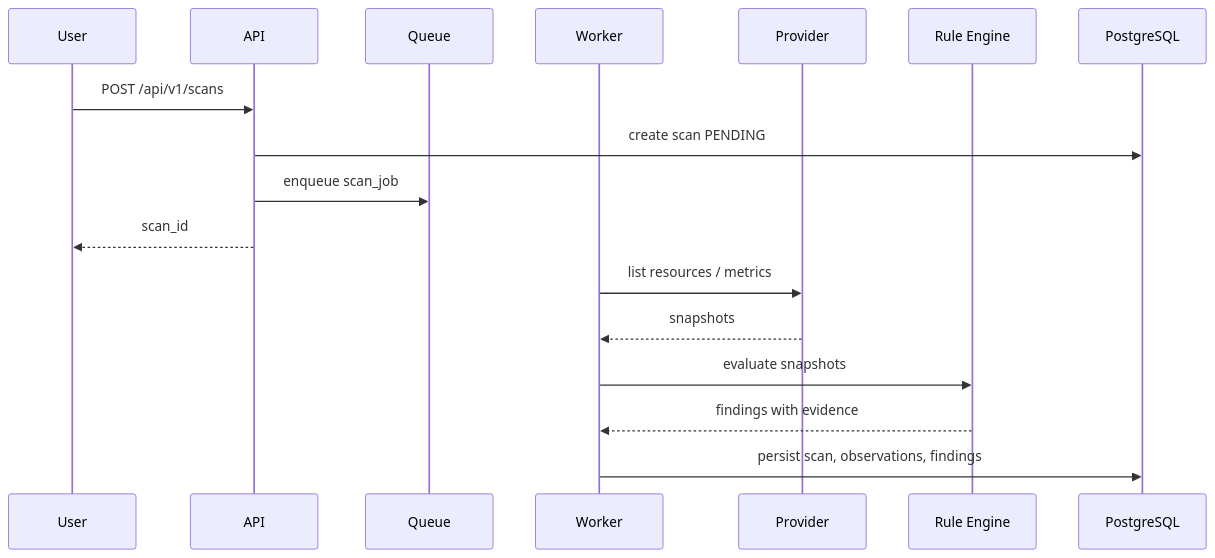
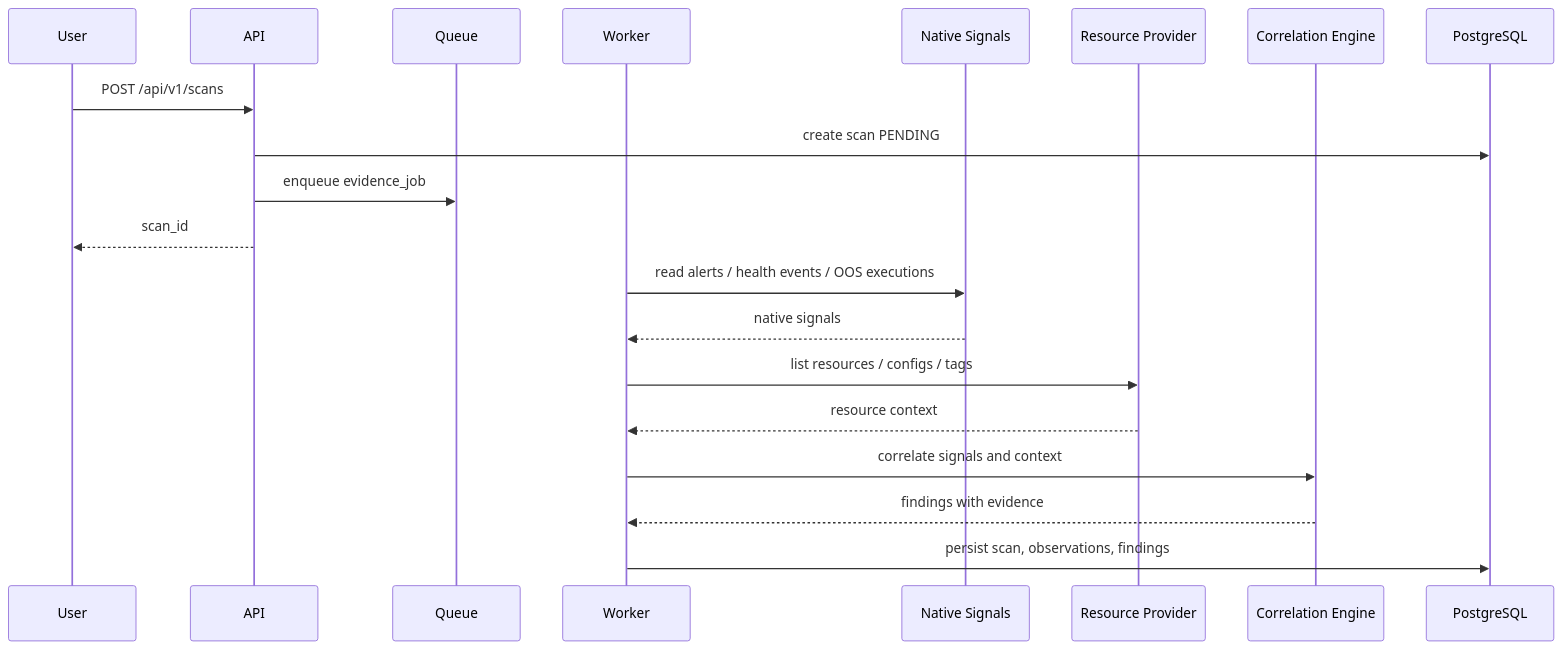
The second of 4 diagrams in docs/02-architecture.md (ChrisXiejq/SoloOps), drawn with Mermaid before and after one commit. The commit also changed other lines of this file and 28 other files, not shown here.

````diff
--- a/docs/02-architecture.md
+++ b/docs/02-architecture.md
@@ -57,20 +67,23 @@
 ```mermaid
 sequenceDiagram
   participant U as User
   participant API as API
   participant Q as Queue
   participant W as Worker
-  participant P as Provider
-  participant R as Rule Engine
+  participant S as Native Signals
+  participant P as Resource Provider
+  participant R as Correlation Engine
   participant DB as PostgreSQL
 
   U->>API: POST /api/v1/scans
   API->>DB: create scan PENDING
-  API->>Q: enqueue scan_job
+  API->>Q: enqueue evidence_job
   API-->>U: scan_id
-  W->>P: list resources / metrics
-  P-->>W: snapshots
-  W->>R: evaluate snapshots
+  W->>S: read alerts / health events / OOS executions
+  S-->>W: native signals
+  W->>P: list resources / configs / tags
+  P-->>W: resource context
+  W->>R: correlate signals and context
   R-->>W: findings with evidence
   W->>DB: persist scan, observations, findings
 ```
````
